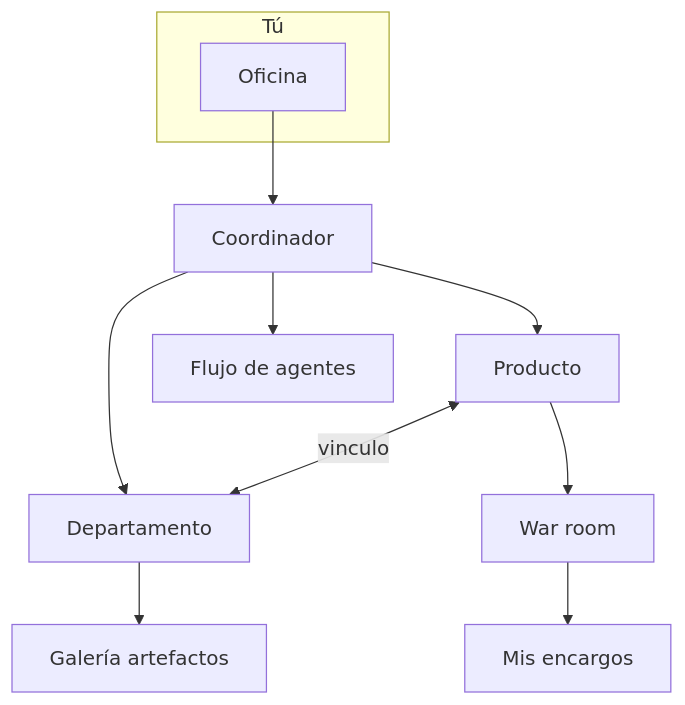
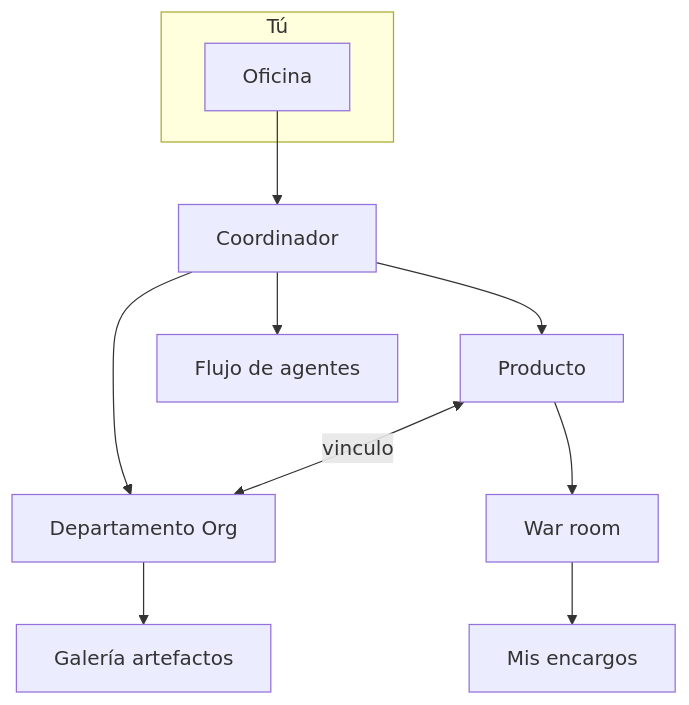
Before and after one commit to kreodevs/ia-company: the second of 2 diagrams in frontend/src/content/help/tutorial.md, drawn with Mermaid. The commit also changed other lines of this file and 21 other files, not shown here.

````diff
--- a/frontend/src/content/help/tutorial.md
+++ b/frontend/src/content/help/tutorial.md
@@ -72,14 +81,14 @@
 ```mermaid
 flowchart TB
   subgraph tu [Tú]
     O[Oficina]
   end
   O --> C[Coordinador]
   C --> P[Producto]
-  C --> D[Departamento]
+  C --> D[Departamento Org]
   C --> F[Flujo de agentes]
   P <-->|vinculo| D
   P --> W[War room]
   W --> E[Mis encargos]
   D --> G[Galería artefactos]
 ```
````
